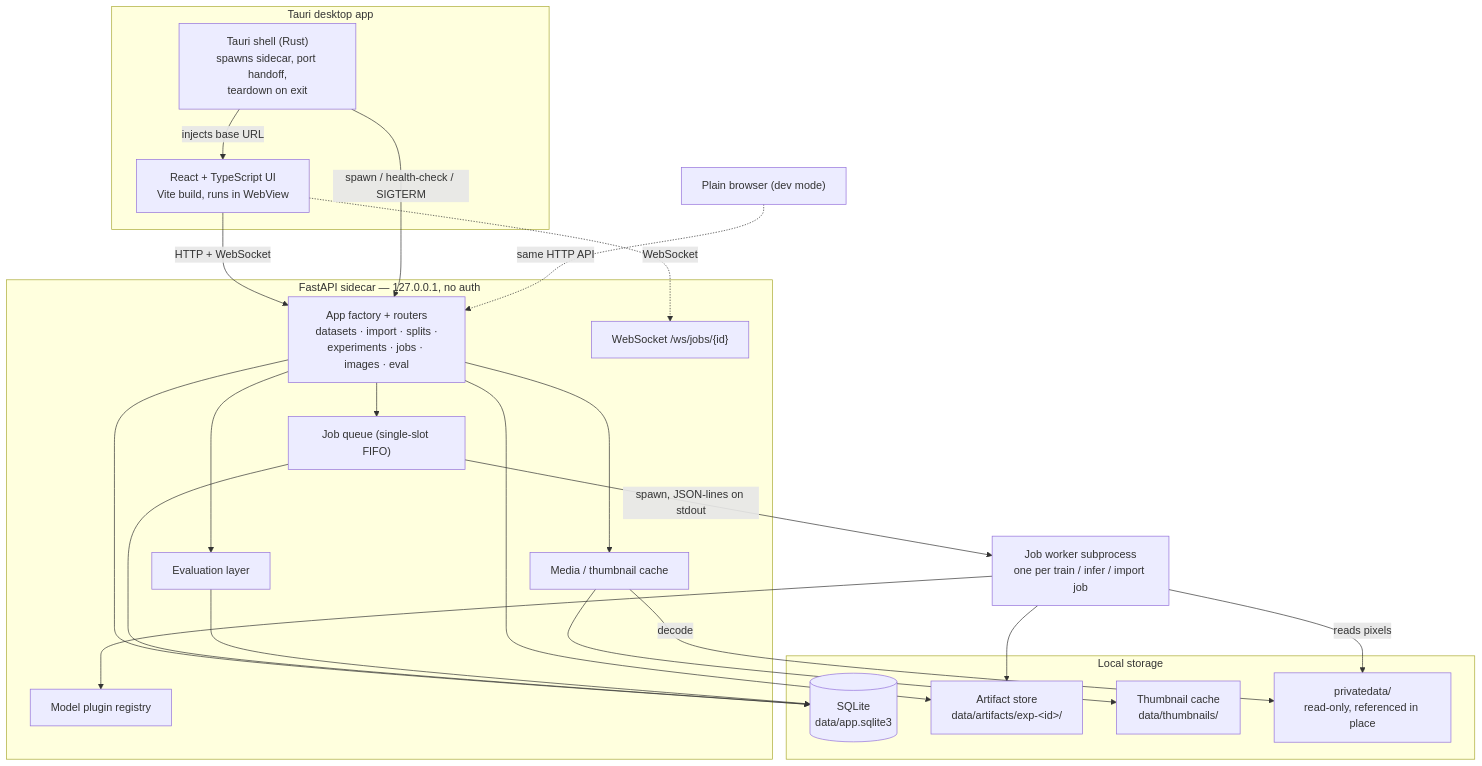
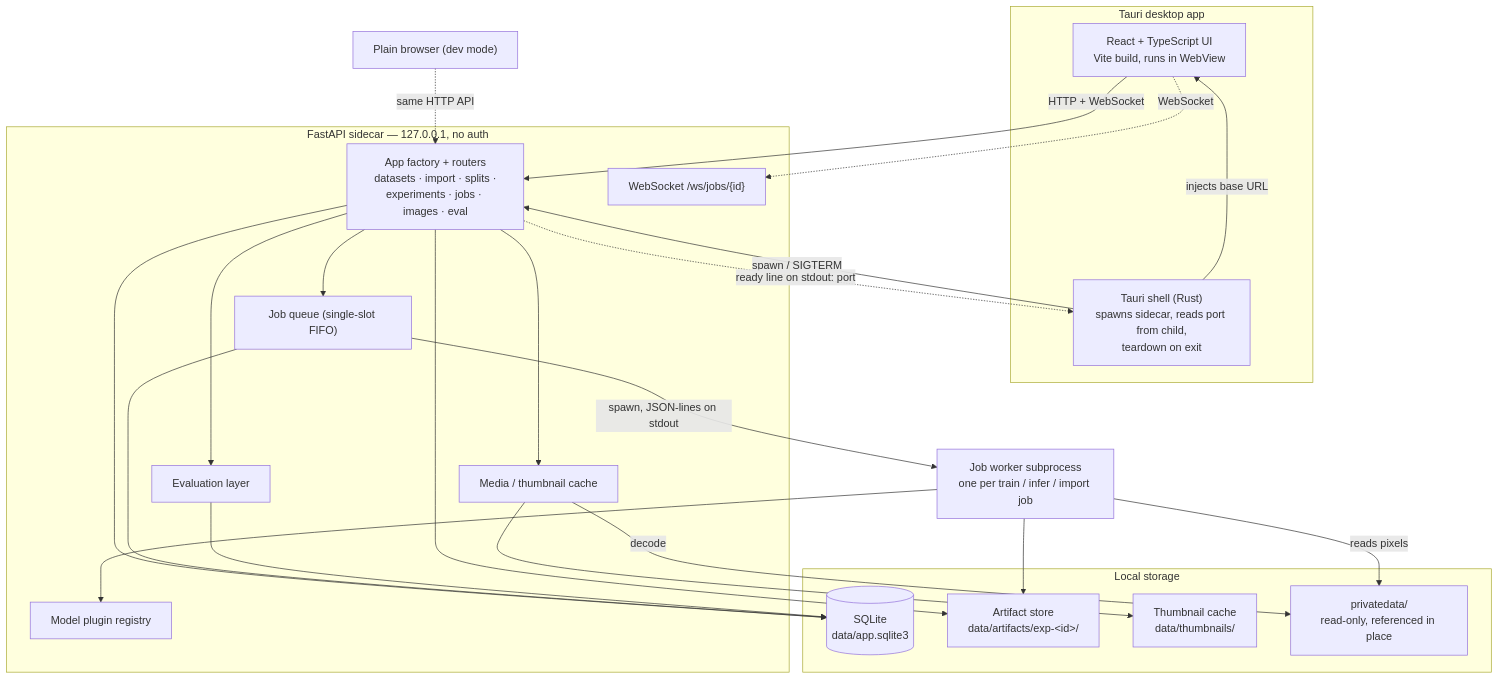
Before and after one commit to VitalyVorobyev/visual-anomaly-lab: the first of 3 diagrams in docs/system-design.md, drawn with Mermaid. The commit also changed other lines of this file and 13 other files, not shown here.

````diff
--- a/docs/system-design.md
+++ b/docs/system-design.md
@@ -59,47 +59,48 @@
 ```mermaid
 flowchart TB
     subgraph desktop["Tauri desktop app"]
         UI["React + TypeScript UI<br/>Vite build, runs in WebView"]
-        SHELL["Tauri shell (Rust)<br/>spawns sidecar, port handoff,<br/>teardown on exit"]
+        SHELL["Tauri shell (Rust)<br/>spawns sidecar, reads port from child,<br/>teardown on exit"]
     end
 
     subgraph backend["FastAPI sidecar — 127.0.0.1, no auth"]
         API["App factory + routers<br/>datasets · import · splits ·<br/>experiments · jobs · images · eval"]
         WS["WebSocket /ws/jobs/{id}"]
         REG["Model plugin registry"]
         QUEUE["Job queue (single-slot FIFO)"]
         EVAL["Evaluation layer"]
         MEDIA["Media / thumbnail cache"]
     end
 
     WORKER["Job worker subprocess<br/>one per train / infer / import job"]
 
     subgraph storage["Local storage"]
         DB[("SQLite<br/>data/app.sqlite3")]
         ART["Artifact store<br/>data/artifacts/exp-&lt;id&gt;/"]
         THUMB["Thumbnail cache<br/>data/thumbnails/"]
         PRIV["privatedata/<br/>read-only, referenced in place"]
     end
 
     UI -->|"HTTP + WebSocket"| API
     UI -.->|"WebSocket"| WS
-    SHELL -->|"spawn / health-check / SIGTERM"| API
+    SHELL -->|"spawn / SIGTERM"| API
+    API -.->|"ready line on stdout: port"| SHELL
     SHELL -->|"injects base URL"| UI
 
     API --> QUEUE
     API --> EVAL
     API --> MEDIA
     QUEUE -->|"spawn, JSON-lines on stdout"| WORKER
     WORKER --> REG
     WORKER --> ART
     WORKER -->|"reads pixels"| PRIV
 
     API --> DB
     QUEUE --> DB
     EVAL --> DB
     MEDIA --> THUMB
     MEDIA -->|"decode"| PRIV
     API --> ART
 
     BROWSER["Plain browser (dev mode)"] -.->|"same HTTP API"| API
 ```
````
